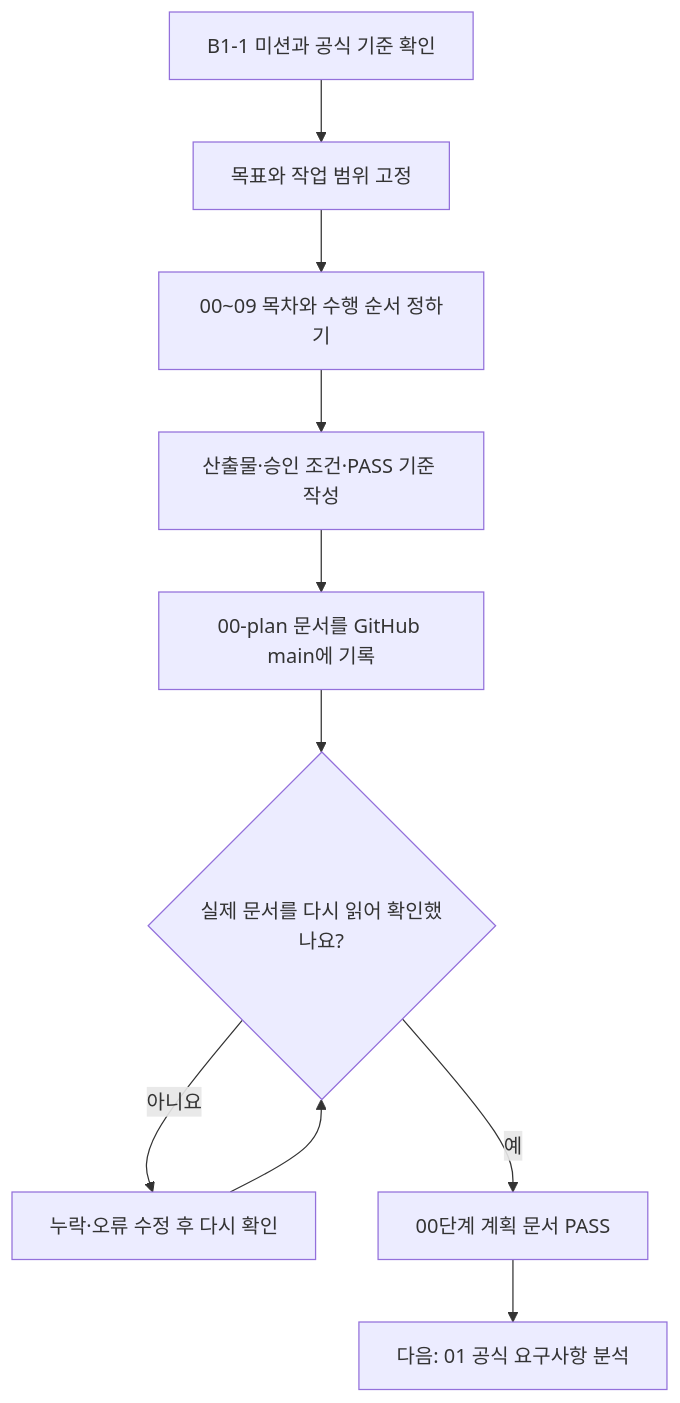
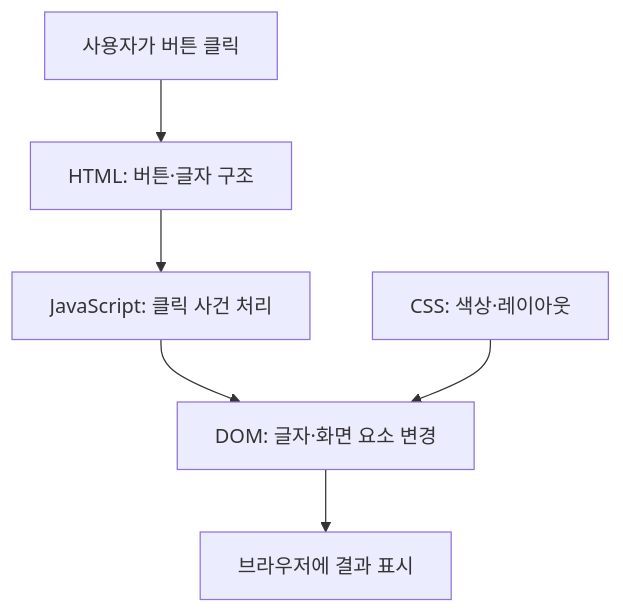
One commit to MetaStudy999/codyssey-basic-web-portfolio changed the diagram in training/round-04-agent/00-plan/README.md. Above: the diagram before and after it, drawn with Mermaid. The commit also changed other lines of this file and 3 other files, not shown here.

````diff
--- a/training/round-04-agent/00-plan/README.md
+++ b/training/round-04-agent/00-plan/README.md
@@ -41,12 +36,8 @@
 ```mermaid
 flowchart TD
-    A["B1-1 미션과 공식 기준 확인"] --> B["목표와 작업 범위 고정"]
-    B --> C["00~09 목차와 수행 순서 정하기"]
-    C --> D["산출물·승인 조건·PASS 기준 작성"]
-    D --> E["00-plan 문서를 GitHub main에 기록"]
-    E --> F{"실제 문서를 다시 읽어 확인했나요?"}
-    F -- "아니요" --> G["누락·오류 수정 후 다시 확인"]
-    G --> F
-    F -- "예" --> H["00단계 계획 문서 PASS"]
-    H --> I["다음: 01 공식 요구사항 분석"]
+    A["사용자가 버튼 클릭"] --> H["HTML: 버튼·글자 구조"]
+    H --> J["JavaScript: 클릭 사건 처리"]
+    J --> D["DOM: 글자·화면 요소 변경"]
+    C["CSS: 색상·레이아웃"] --> D
+    D --> V["브라우저에 결과 표시"]
 ```
````
